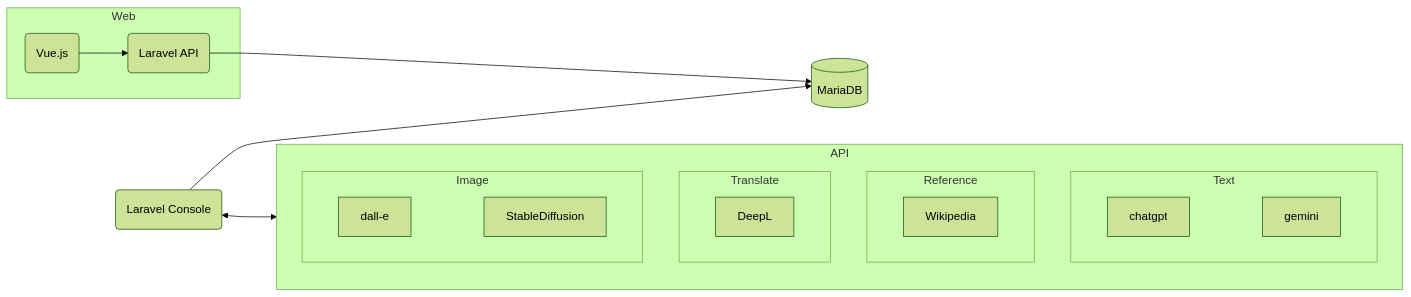
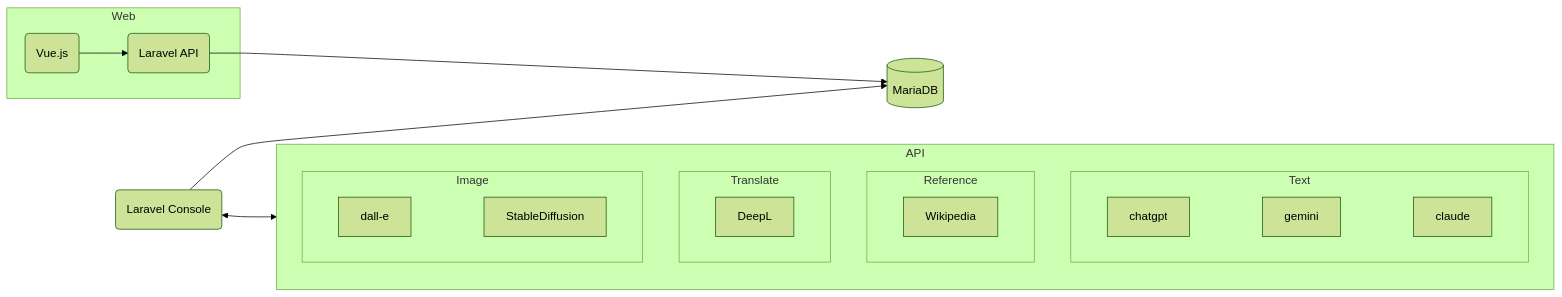
The first of 2 diagrams in README.md (joyrswd/article), drawn with Mermaid (forest theme) before and after one commit. The commit also changed other lines of this file and 3 other files, not shown here.

````diff
--- a/README.md
+++ b/README.md
@@ -38,31 +40,32 @@
 ```mermaid
 graph LR
 
 subgraph AI[API]
     subgraph Text
         chatgpt
         ~~~gemini
+        ~~~claude
     end
     subgraph Reference
         Wikipedia
     end
     subgraph Translate
         DeepL
     end
     subgraph Image
         dall-e
         ~~~StableDiffusion
     end
 end
 
 Batch(Laravel Console)
 DB[(MariaDB)]
 
 subgraph Web
 Front(Vue.js) --> API(Laravel API)
 end
 
 Batch <--> AI
 Batch --> DB
 API --> DB
 ```
````
